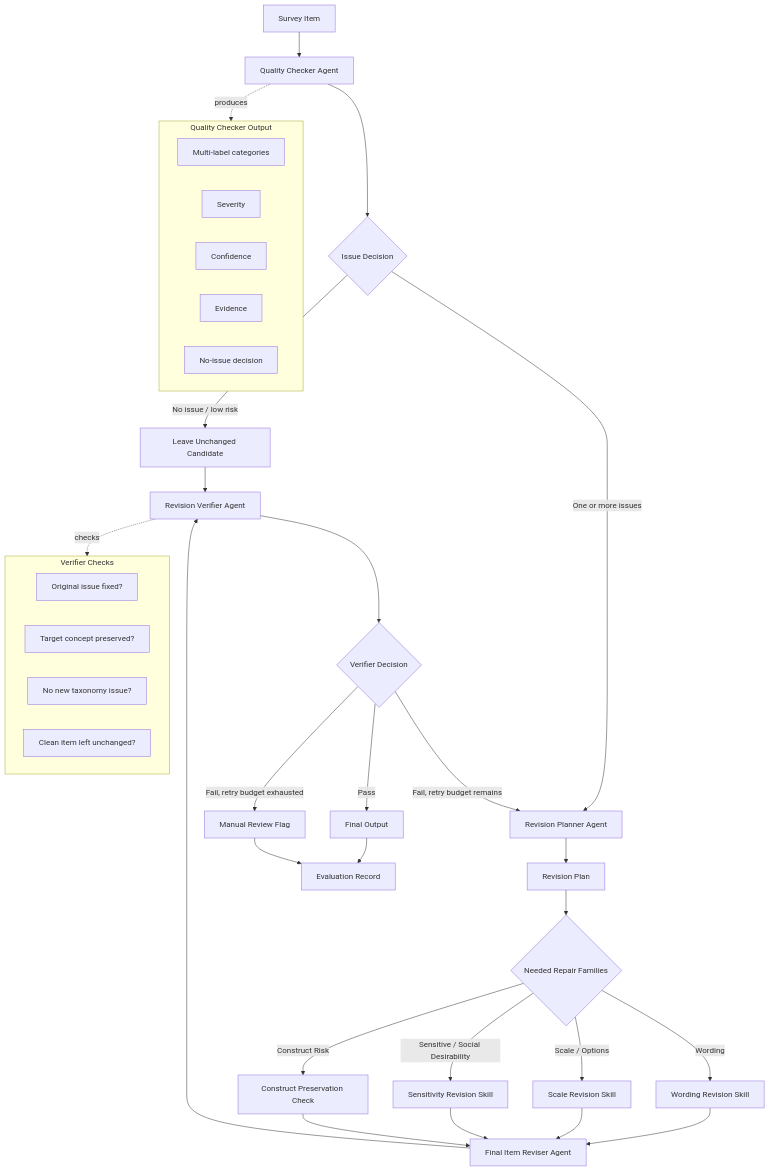
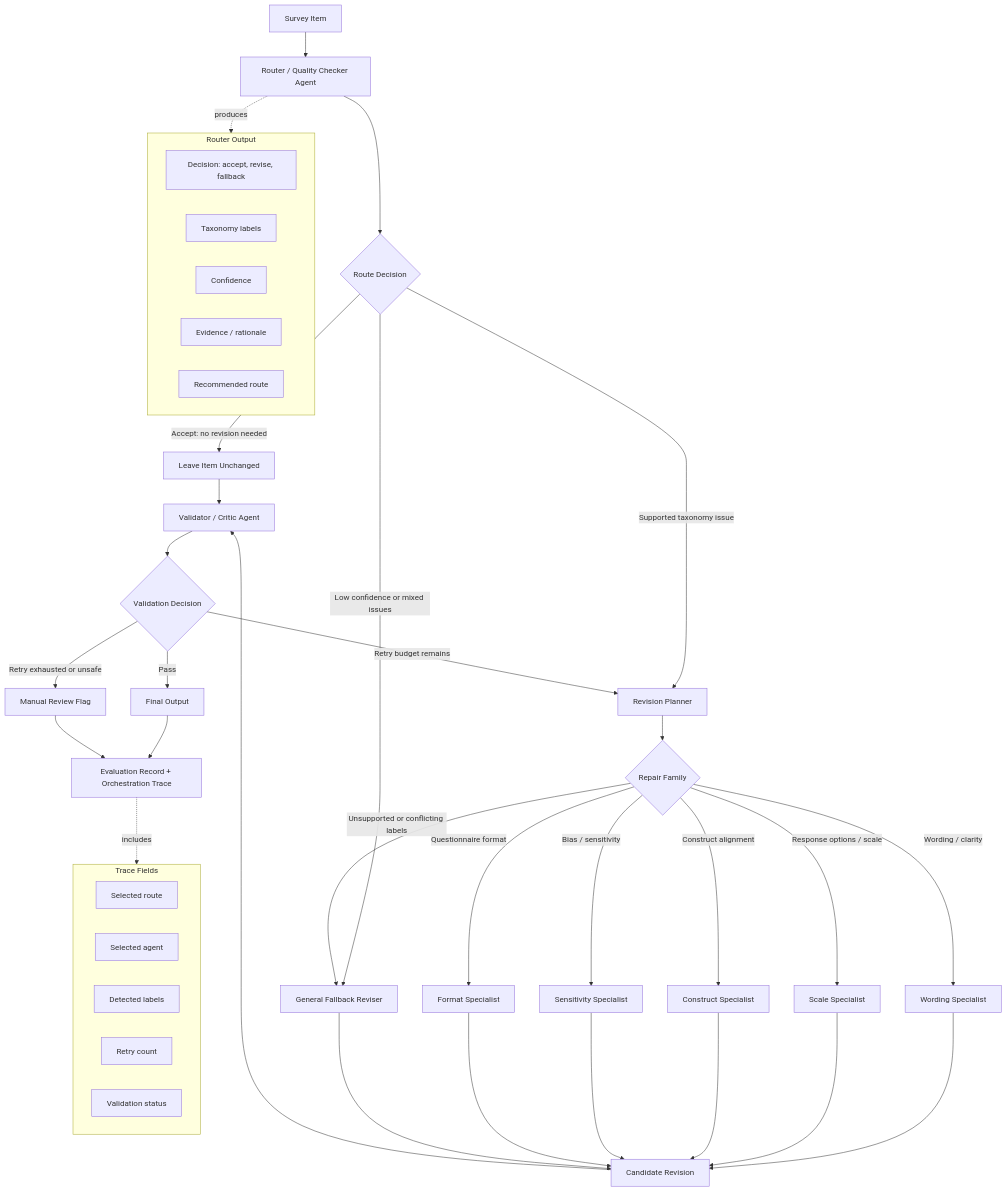
One commit to sn1887/SEMINAR-ITEM-REVISER changed the diagram in docs/orchestration_diagram.md. Above: the diagram before and after it, drawn with Mermaid. The commit also changed other lines of this file and 16 other files, not shown here.

````diff
--- a/docs/orchestration_diagram.md
+++ b/docs/orchestration_diagram.md
@@ -7,49 +8,53 @@
 ```mermaid
 flowchart TD
-    A[Survey Item] --> B[Quality Checker Agent]
+    A[Survey Item] --> B[Router / Quality Checker Agent]
 
-    B --> C{Issue Decision}
-    C -->|No issue / low risk| D[Leave Unchanged Candidate]
-    C -->|One or more issues| E[Revision Planner Agent]
+    B --> C{Route Decision}
+    C -->|Accept: no revision needed| D[Leave Item Unchanged]
+    C -->|Low confidence or mixed issues| E[General Fallback Reviser]
+    C -->|Supported taxonomy issue| F[Revision Planner]
 
-    E --> F[Revision Plan]
-    F --> G{Needed Repair Families}
+    F --> G{Repair Family}
+    G -->|Wording / clarity| H[Wording Specialist]
+    G -->|Response options / scale| I[Scale Specialist]
+    G -->|Construct alignment| J[Construct Specialist]
+    G -->|Bias / sensitivity| K[Sensitivity Specialist]
+    G -->|Questionnaire format| L[Format Specialist]
+    G -->|Unsupported or conflicting labels| E
 
-    G -->|Wording| H[Wording Revision Skill]
-    G -->|Scale / Options| I[Scale Revision Skill]
-    G -->|Sensitive / Social Desirability| J[Sensitivity Revision Skill]
-    G -->|Construct Risk| K[Construct Preservation Check]
+    H --> M[Candidate Revision]
+    I --> M
+    J --> M
+    K --> M
+    L --> M
+    E --> M
+    D --> N[Validator / Critic Agent]
+    M --> N
 
-    H --> L[Final Item Reviser Agent]
-    I --> L
-    J --> L
-    K --> L
-    D --> M[Revision Verifier Agent]
-    L --> M
+    N --> O{Validation Decision}
+    O -->|Pass| P[Final Output]
+    O -->|Retry budget remains| F
+    O -->|Retry exhausted or unsafe| Q[Manual Review Flag]
 
-    M --> N{Verifier Decision}
-    N -->|Pass| O[Final Output]
-    N -->|Fail, retry budget remains| E
-    N -->|Fail, retry budget exhausted| P[Manual Review Flag]
+    P --> R[Evaluation Record + Orchestration Trace]
+    Q --> R
 
-    O --> Q[Evaluation Record]
-    P --> Q
-
-    subgraph CheckerOutput[Quality Checker Output]
-        B1[Multi-label categories]
-        B2[Severity]
+    subgraph RouterOutput[Router Output]
+        B1[Decision: accept, revise, fallback]
+        B2[Taxonomy labels]
         B3[Confidence]
-        B4[Evidence]
-        B5[No-issue decision]
+        B4[Evidence / rationale]
+        B5[Recommended route]
     end
 
-    subgraph VerifierChecks[Verifier Checks]
-        M1[Original issue fixed?]
-        M2[Target concept preserved?]
-        M3[No new taxonomy issue?]
-        M4[Clean item left unchanged?]
+    subgraph TraceFields[Trace Fields]
+        R1[Selected route]
+        R2[Selected agent]
+        R3[Detected labels]
+        R4[Retry count]
+        R5[Validation status]
     end
 
-    B -. produces .-> CheckerOutput
-    M -. checks .-> VerifierChecks
+    B -. produces .-> RouterOutput
+    R -. includes .-> TraceFields
 ```
````
